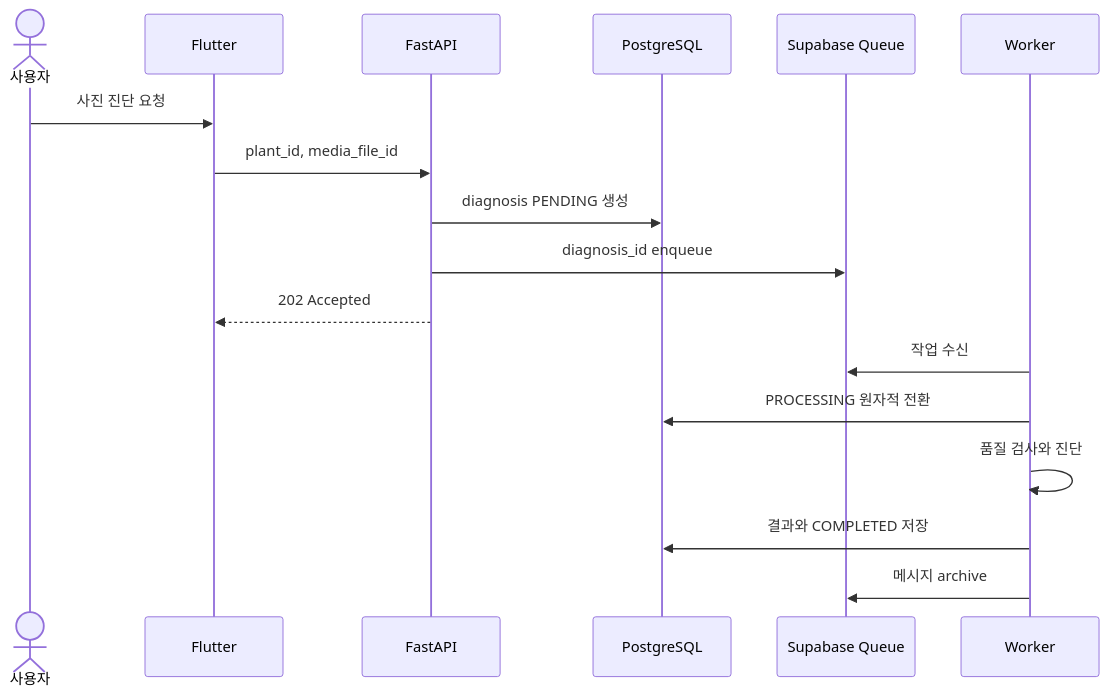
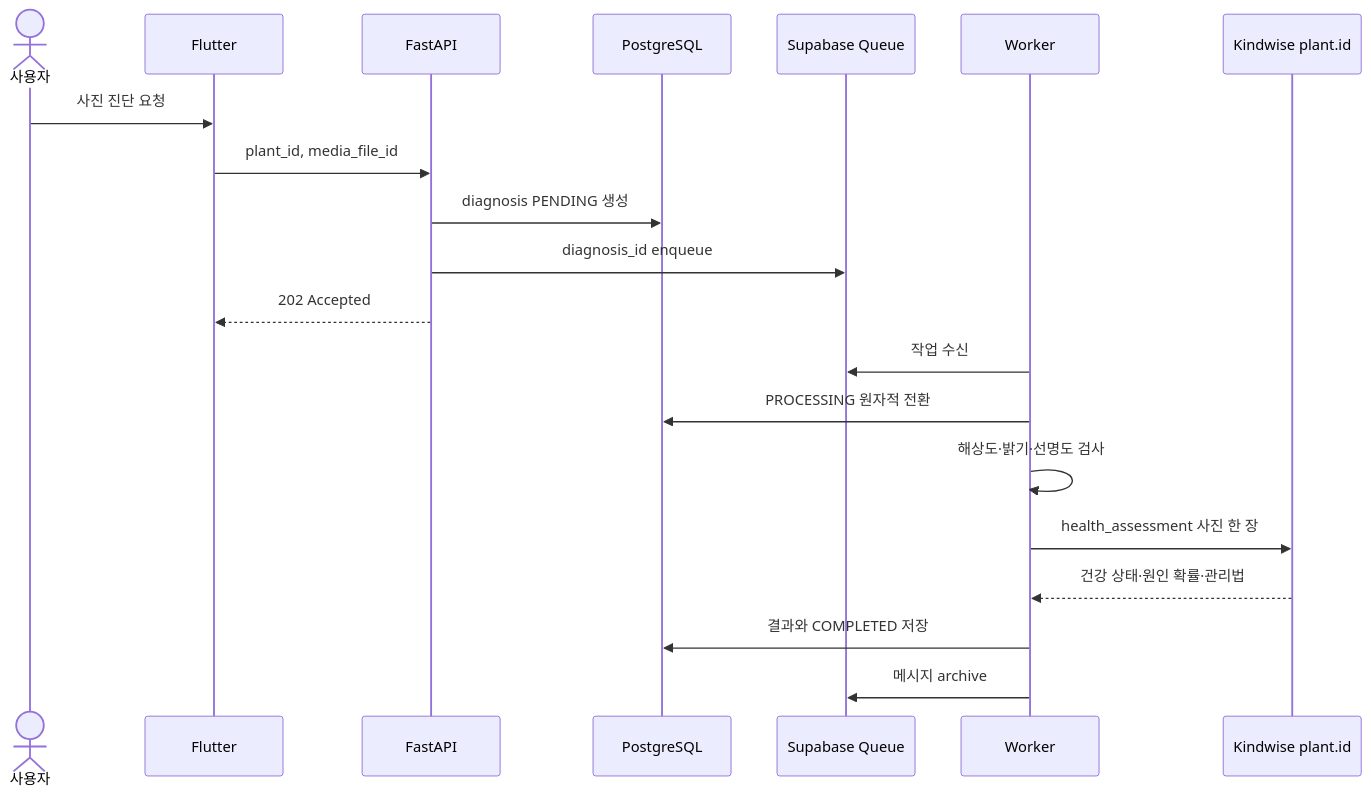
One commit to YuEngMe/Leafie changed the second of 2 diagrams in docs/architecture.md. Above: the diagram before and after it, drawn with Mermaid. The commit also changed other lines of this file and 22 other files, not shown here.

````diff
--- a/docs/architecture.md
+++ b/docs/architecture.md
@@ -76,20 +76,23 @@
 ```mermaid
 sequenceDiagram
     actor U as 사용자
     participant A as Flutter
     participant API as FastAPI
     participant DB as PostgreSQL
     participant Q as Supabase Queue
     participant W as Worker
+    participant K as Kindwise plant.id
 
     U->>A: 사진 진단 요청
     A->>API: plant_id, media_file_id
     API->>DB: diagnosis PENDING 생성
     API->>Q: diagnosis_id enqueue
     API-->>A: 202 Accepted
     W->>Q: 작업 수신
     W->>DB: PROCESSING 원자적 전환
-    W->>W: 품질 검사와 진단
+    W->>W: 해상도·밝기·선명도 검사
+    W->>K: health_assessment 사진 한 장
+    K-->>W: 건강 상태·원인 확률·관리법
     W->>DB: 결과와 COMPLETED 저장
     W->>Q: 메시지 archive
 ```
````
